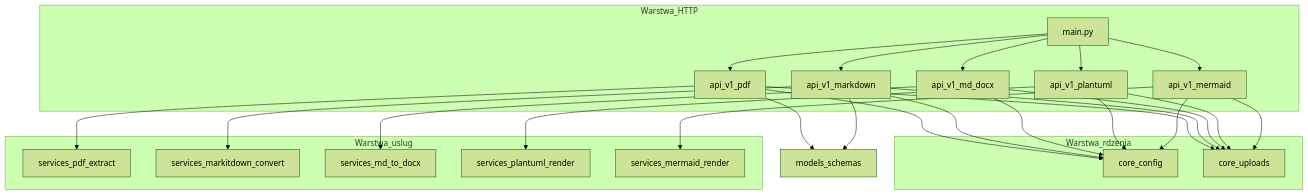
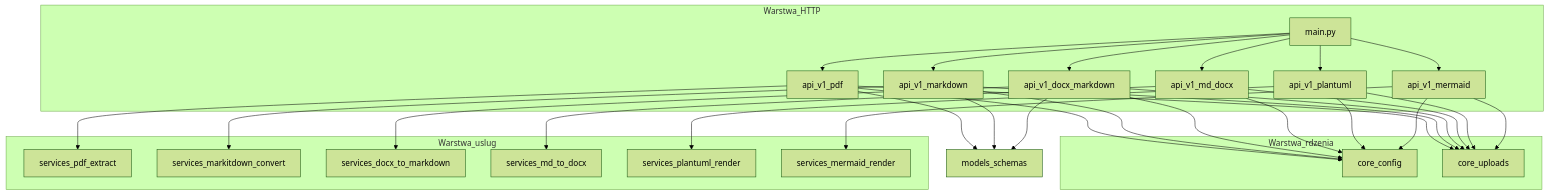
Before and after one commit to jbienko1/utils-service: the first of 2 diagrams in app/docs/architecture.md, drawn with Mermaid (forest theme). The commit also changed other lines of this file and 27 other files, not shown here.

````diff
--- a/app/docs/architecture.md
+++ b/app/docs/architecture.md
@@ -31,44 +33,51 @@
 ```mermaid
 flowchart TB
   subgraph http [Warstwa_HTTP]
     main[main.py]
     r_pdf[api_v1_pdf]
     r_md[api_v1_markdown]
+    r_docx_md[api_v1_docx_markdown]
     r_docx[api_v1_md_docx]
     r_puml[api_v1_plantuml]
     r_mer[api_v1_mermaid]
   end
   subgraph core [Warstwa_rdzenia]
     cfg[core_config]
     upl[core_uploads]
   end
   subgraph svc [Warstwa_uslug]
     pdfx[services_pdf_extract]
     mdc[services_markitdown_convert]
+    docxmd[services_docx_to_markdown]
     pandoc[services_md_to_docx]
     puml[services_plantuml_render]
     mer[services_mermaid_render]
   end
   main --> r_pdf
   main --> r_md
+  main --> r_docx_md
   main --> r_docx
   main --> r_puml
   main --> r_mer
   r_pdf --> cfg
   r_pdf --> upl
   r_pdf --> pdfx
   r_md --> cfg
   r_md --> upl
   r_md --> mdc
+  r_docx_md --> cfg
+  r_docx_md --> upl
+  r_docx_md --> docxmd
   r_docx --> cfg
   r_docx --> upl
   r_docx --> pandoc
   r_puml --> cfg
   r_puml --> upl
   r_puml --> puml
   r_mer --> cfg
   r_mer --> upl
   r_mer --> mer
   r_pdf --> schemas[models_schemas]
   r_md --> schemas
+  r_docx_md --> schemas
 ```
````
